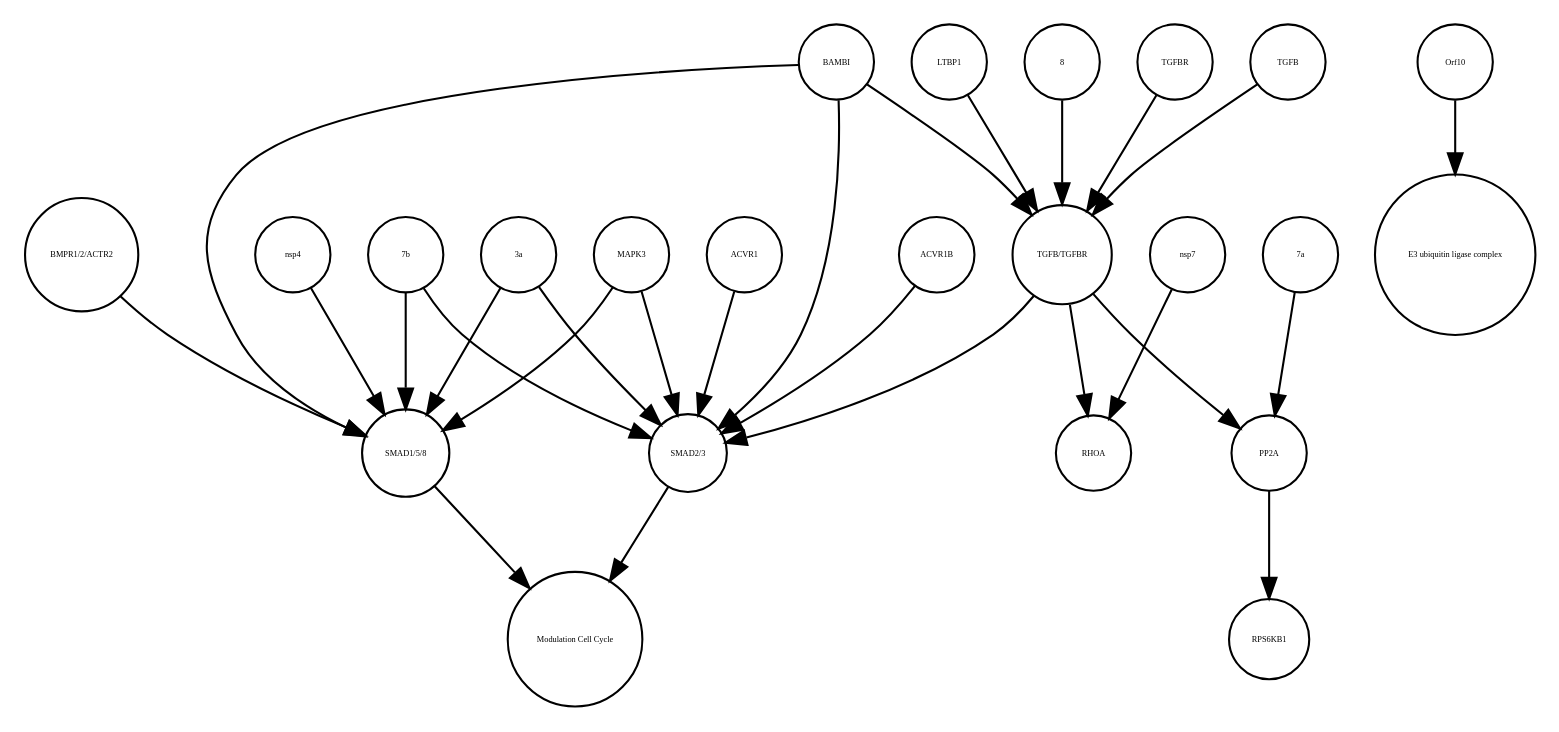
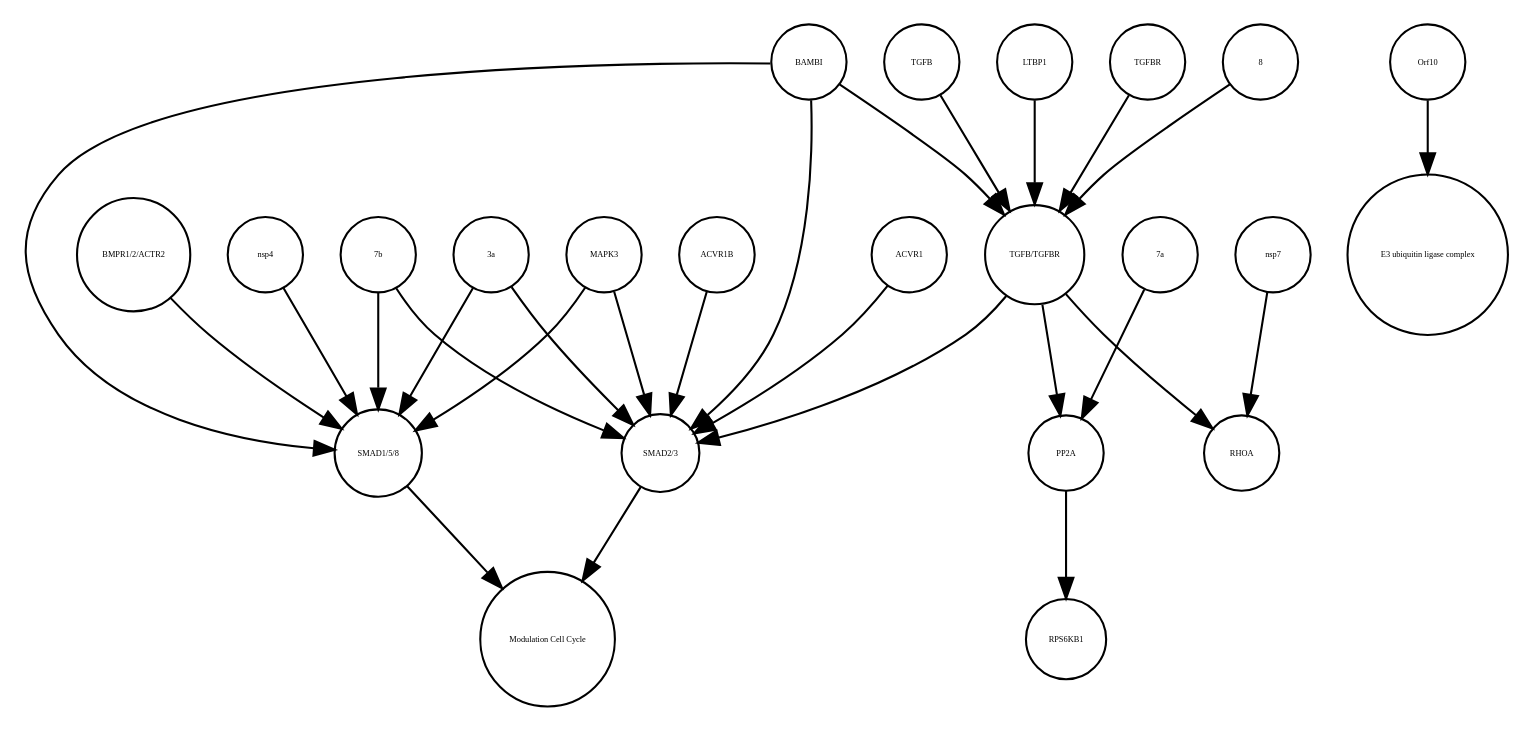
The diagram in TGFB_pathway_stable.xml_projected.dot (cannin/covid19-sbgn), drawn with Graphviz before and after one commit. The commit also changed other lines of this file and 564 other files, not shown here.

```diff
--- a/TGFB_pathway_stable.xml_projected.dot
+++ b/TGFB_pathway_stable.xml_projected.dot
@@ -1,51 +1,51 @@
 strict digraph  {
 "SMAD1/5/8" [annotation="", bipartite=0, cls=complex, fontsize=4, label="SMAD1/5/8", shape=circle];
 "Modulation Cell Cycle" [annotation="", bipartite=0, cls=phenotype, fontsize=4, label="Modulation Cell Cycle", shape=circle];
 "SMAD2/3" [annotation="", bipartite=0, cls=complex, fontsize=4, label="SMAD2/3", shape=circle];
+"E3 ubiquitin ligase complex" [annotation="", bipartite=0, cls=complex, fontsize=4, label="E3 ubiquitin ligase complex", shape=circle];
+ACVR1B [annotation="", bipartite=0, cls=macromolecule, fontsize=4, label=ACVR1B, shape=circle];
+RPS6KB1 [annotation="", bipartite=0, cls=macromolecule, fontsize=4, label=RPS6KB1, shape=circle];
+BAMBI [annotation="", bipartite=0, cls=macromolecule, fontsize=4, label=BAMBI, shape=circle];
+LTBP1 [annotation="", bipartite=0, cls=macromolecule, fontsize=4, label=LTBP1, shape=circle];
+"TGFB/TGFBR" [annotation="", bipartite=0, cls=complex, fontsize=4, label="TGFB/TGFBR", shape=circle];
+TGFBR [annotation="", bipartite=0, cls=complex, fontsize=4, label=TGFBR, shape=circle];
+"7b" [annotation="", bipartite=0, cls=macromolecule, fontsize=4, label="7b", shape=circle];
+PP2A [annotation="", bipartite=0, cls=complex, fontsize=4, label=PP2A, shape=circle];
+"BMPR1/2/ACTR2" [annotation="", bipartite=0, cls=complex, fontsize=4, label="BMPR1/2/ACTR2", shape=circle];
 8 [annotation="", bipartite=0, cls=macromolecule, fontsize=4, label=8, shape=circle];
-TGFBR [annotation="", bipartite=0, cls=complex, fontsize=4, label=TGFBR, shape=circle];
-RPS6KB1 [annotation="", bipartite=0, cls=macromolecule, fontsize=4, label=RPS6KB1, shape=circle];
+"3a" [annotation="", bipartite=0, cls=macromolecule, fontsize=4, label="3a", shape=circle];
+RHOA [annotation="", bipartite=0, cls=macromolecule, fontsize=4, label=RHOA, shape=circle];
+nsp7 [annotation="", bipartite=0, cls=macromolecule, fontsize=4, label=nsp7, shape=circle];
+"7a" [annotation="", bipartite=0, cls=macromolecule, fontsize=4, label="7a", shape=circle];
+MAPK3 [annotation="", bipartite=0, cls=macromolecule, fontsize=4, label=MAPK3, shape=circle];
+TGFB [annotation="", bipartite=0, cls=macromolecule, fontsize=4, label=TGFB, shape=circle];
 Orf10 [annotation=urn_miriam_ncbiprotein_BCD58762, bipartite=0, cls=macromolecule, fontsize=4, label=Orf10, shape=circle];
-RHOA [annotation="", bipartite=0, cls=macromolecule, fontsize=4, label=RHOA, shape=circle];
-"E3 ubiquitin ligase complex" [annotation="", bipartite=0, cls=complex, fontsize=4, label="E3 ubiquitin ligase complex", shape=circle];
-PP2A [annotation="", bipartite=0, cls=complex, fontsize=4, label=PP2A, shape=circle];
-"7b" [annotation="", bipartite=0, cls=macromolecule, fontsize=4, label="7b", shape=circle];
-"BMPR1/2/ACTR2" [annotation="", bipartite=0, cls=complex, fontsize=4, label="BMPR1/2/ACTR2", shape=circle];
-"TGFB/TGFBR" [annotation="", bipartite=0, cls=complex, fontsize=4, label="TGFB/TGFBR", shape=circle];
+nsp4 [annotation="", bipartite=0, cls=macromolecule, fontsize=4, label=nsp4, shape=circle];
 ACVR1 [annotation="", bipartite=0, cls=macromolecule, fontsize=4, label=ACVR1, shape=circle];
-BAMBI [annotation="", bipartite=0, cls=macromolecule, fontsize=4, label=BAMBI, shape=circle];
-nsp7 [annotation="", bipartite=0, cls=macromolecule, fontsize=4, label=nsp7, shape=circle];
-nsp4 [annotation="", bipartite=0, cls=macromolecule, fontsize=4, label=nsp4, shape=circle];
-TGFB [annotation="", bipartite=0, cls=macromolecule, fontsize=4, label=TGFB, shape=circle];
-"3a" [annotation="", bipartite=0, cls=macromolecule, fontsize=4, label="3a", shape=circle];
-"7a" [annotation="", bipartite=0, cls=macromolecule, fontsize=4, label="7a", shape=circle];
-ACVR1B [annotation="", bipartite=0, cls=macromolecule, fontsize=4, label=ACVR1B, shape=circle];
-MAPK3 [annotation="", bipartite=0, cls=macromolecule, fontsize=4, label=MAPK3, shape=circle];
-LTBP1 [annotation="", bipartite=0, cls=macromolecule, fontsize=4, label=LTBP1, shape=circle];
 "SMAD1/5/8" -> "Modulation Cell Cycle"  [annotation="", interaction_type=stimulation];
 "SMAD2/3" -> "Modulation Cell Cycle"  [annotation="", interaction_type=stimulation];
+ACVR1B -> "SMAD2/3"  [annotation="urn_miriam_doi_10.1101%2F2020.06.17.156455", interaction_type=catalysis];
+BAMBI -> "TGFB/TGFBR"  [annotation="urn_miriam_doi_10.1101%2F2020.06.17.156455", interaction_type=inhibition];
+BAMBI -> "SMAD1/5/8"  [annotation="urn_miriam_doi_10.1101%2F2020.06.17.156455", interaction_type=inhibition];
+BAMBI -> "SMAD2/3"  [annotation="urn_miriam_doi_10.1101%2F2020.06.17.156455", interaction_type=inhibition];
+LTBP1 -> "TGFB/TGFBR"  [annotation="urn_miriam_doi_10.1101%2F2020.06.17.156455", interaction_type=inhibition];
+"TGFB/TGFBR" -> PP2A  [annotation="urn_miriam_doi_10.1101%2F2020.03.31.019216", interaction_type=stimulation];
+"TGFB/TGFBR" -> RHOA  [annotation="urn_miriam_doi_10.1101%2F2020.06.17.156455", interaction_type=stimulation];
+"TGFB/TGFBR" -> "SMAD2/3"  [annotation="urn_miriam_doi_10.1101%2F2020.06.17.156455", interaction_type=stimulation];
+TGFBR -> "TGFB/TGFBR"  [annotation="", interaction_type=production];
+"7b" -> "SMAD1/5/8"  [annotation="urn_miriam_doi_10.1101%2F2020.06.17.156455", interaction_type=stimulation];
+"7b" -> "SMAD2/3"  [annotation="urn_miriam_doi_10.1101%2F2020.06.17.156455", interaction_type=stimulation];
+PP2A -> RPS6KB1  [annotation="", interaction_type=catalysis];
+"BMPR1/2/ACTR2" -> "SMAD1/5/8"  [annotation="urn_miriam_doi_10.1101%2F2020.06.17.156455", interaction_type=catalysis];
 8 -> "TGFB/TGFBR"  [annotation="urn_miriam_doi_10.1101%2F2020.06.17.156455", interaction_type=stimulation];
-TGFBR -> "TGFB/TGFBR"  [annotation="", interaction_type=production];
+"3a" -> "SMAD1/5/8"  [annotation="urn_miriam_doi_10.1101%2F2020.06.17.156455", interaction_type=stimulation];
+"3a" -> "SMAD2/3"  [annotation="urn_miriam_doi_10.1101%2F2020.06.17.156455", interaction_type=stimulation];
+nsp7 -> RHOA  [annotation="urn_miriam_doi_10.1101%2F2020.06.17.156455", interaction_type=stimulation];
+"7a" -> PP2A  [annotation="urn_miriam_doi_10.1101%2F2020.03.31.019216", interaction_type=stimulation];
+MAPK3 -> "SMAD1/5/8"  [annotation="urn_miriam_doi_10.1101%2F2020.06.17.156455", interaction_type=inhibition];
+MAPK3 -> "SMAD2/3"  [annotation="urn_miriam_doi_10.1101%2F2020.06.17.156455", interaction_type=inhibition];
+TGFB -> "TGFB/TGFBR"  [annotation="", interaction_type=production];
 Orf10 -> "E3 ubiquitin ligase complex"  [annotation="", interaction_type=production];
-PP2A -> RPS6KB1  [annotation="", interaction_type=catalysis];
-"7b" -> "SMAD2/3"  [annotation="urn_miriam_doi_10.1101%2F2020.06.17.156455", interaction_type=stimulation];
-"7b" -> "SMAD1/5/8"  [annotation="urn_miriam_doi_10.1101%2F2020.06.17.156455", interaction_type=stimulation];
-"BMPR1/2/ACTR2" -> "SMAD1/5/8"  [annotation="urn_miriam_doi_10.1101%2F2020.06.17.156455", interaction_type=catalysis];
-"TGFB/TGFBR" -> PP2A  [annotation="urn_miriam_doi_10.1101%2F2020.03.31.019216", interaction_type=stimulation];
-"TGFB/TGFBR" -> "SMAD2/3"  [annotation="urn_miriam_doi_10.1101%2F2020.06.17.156455", interaction_type=stimulation];
-"TGFB/TGFBR" -> RHOA  [annotation="urn_miriam_doi_10.1101%2F2020.06.17.156455", interaction_type=stimulation];
+nsp4 -> "SMAD1/5/8"  [annotation="urn_miriam_doi_10.1101%2F2020.06.17.156455", interaction_type=stimulation];
 ACVR1 -> "SMAD2/3"  [annotation="urn_miriam_doi_10.1101%2F2020.06.17.156455", interaction_type=catalysis];
-BAMBI -> "SMAD2/3"  [annotation="urn_miriam_doi_10.1101%2F2020.06.17.156455", interaction_type=inhibition];
-BAMBI -> "SMAD1/5/8"  [annotation="urn_miriam_doi_10.1101%2F2020.06.17.156455", interaction_type=inhibition];
-BAMBI -> "TGFB/TGFBR"  [annotation="urn_miriam_doi_10.1101%2F2020.06.17.156455", interaction_type=inhibition];
-nsp7 -> RHOA  [annotation="urn_miriam_doi_10.1101%2F2020.06.17.156455", interaction_type=stimulation];
-nsp4 -> "SMAD1/5/8"  [annotation="urn_miriam_doi_10.1101%2F2020.06.17.156455", interaction_type=stimulation];
-TGFB -> "TGFB/TGFBR"  [annotation="", interaction_type=production];
-"3a" -> "SMAD2/3"  [annotation="urn_miriam_doi_10.1101%2F2020.06.17.156455", interaction_type=stimulation];
-"3a" -> "SMAD1/5/8"  [annotation="urn_miriam_doi_10.1101%2F2020.06.17.156455", interaction_type=stimulation];
-"7a" -> PP2A  [annotation="urn_miriam_doi_10.1101%2F2020.03.31.019216", interaction_type=stimulation];
-ACVR1B -> "SMAD2/3"  [annotation="urn_miriam_doi_10.1101%2F2020.06.17.156455", interaction_type=catalysis];
-MAPK3 -> "SMAD2/3"  [annotation="urn_miriam_doi_10.1101%2F2020.06.17.156455", interaction_type=inhibition];
-MAPK3 -> "SMAD1/5/8"  [annotation="urn_miriam_doi_10.1101%2F2020.06.17.156455", interaction_type=inhibition];
-LTBP1 -> "TGFB/TGFBR"  [annotation="urn_miriam_doi_10.1101%2F2020.06.17.156455", interaction_type=inhibition];
 }
```
